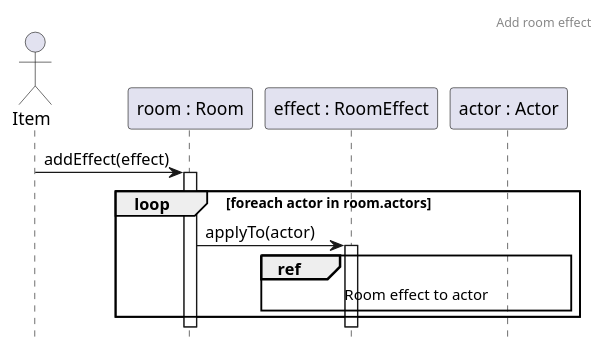
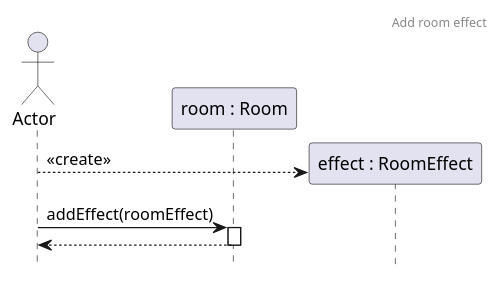
Before and after one commit to Kristof-me/Logarlec: the diagram in docs/sequence/AddRoomEffect.puml, drawn with PlantUML.

Commit message:
modify add room effect

```diff
--- a/docs/sequence/AddRoomEffect.puml
+++ b/docs/sequence/AddRoomEffect.puml
@@ -1,28 +1,14 @@
 @startuml AddRoomEffect
 header Add room effect
 hide footbox
 
-actor item as "Item"
-participant room as "room : Room"
-participant effect as "effect : RoomEffect"
-participant actor as "actor : Actor"
+Actor Actor as "Actor"
+participant Room as "room : Room"
+create RoomEffect as "effect : RoomEffect"
 
-item -> room ++ : addEffect(effect)
-
-/' 
-az a baj, hogy ezt úgy kéne, hogy a tick használja a loopot
-mert különben nem tudjuk jelezni, hogy használni kell a
-gázmaszkot
-
-de akkor az add room effect csak egy nyílból állna
-'/
-
-loop foreach actor in room.actors
-    room ->  effect ++ : applyTo(actor)
-    ref over effect, actor
-        Room effect to actor
-    end ref
-end
+Actor --> RoomEffect: <<create>>
+Actor -> Room++: addEffect(roomEffect)
+return
 
 
 @enduml
```
